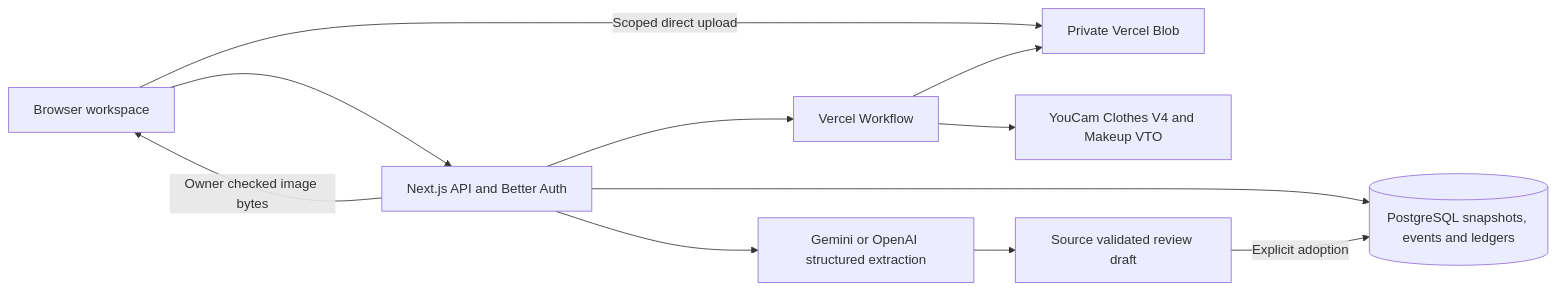
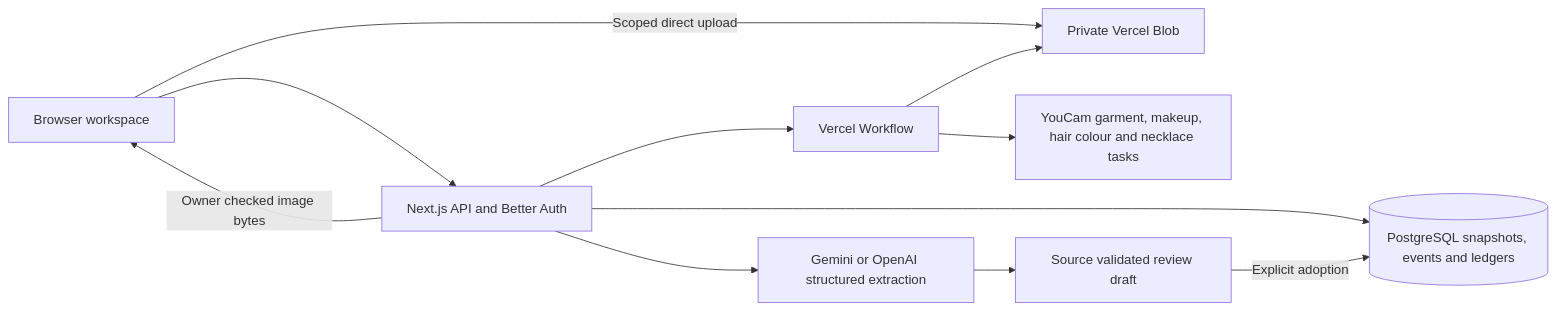
The diagram in docs/architecture.md (yadneshSalvi/stagecraft), drawn with Mermaid before and after one commit. The commit also changed other lines of this file and 29 other files, not shown here.

````diff
--- a/docs/architecture.md
+++ b/docs/architecture.md
@@ -5,13 +5,13 @@
 ```mermaid
 flowchart LR
   B[Browser workspace] --> A[Next.js API and Better Auth]
   B -->|Scoped direct upload| S[Private Vercel Blob]
   A --> D[(PostgreSQL snapshots, events and ledgers)]
   A --> W[Vercel Workflow]
-  W --> Y[YouCam Clothes V4 and Makeup VTO]
+  W --> Y[YouCam garment, makeup, hair colour and necklace tasks]
   W --> S
   A -->|Owner checked image bytes| B
   A --> M[Gemini or OpenAI structured extraction]
   M --> R[Source validated review draft]
   R -->|Explicit adoption| D
 ```
````
